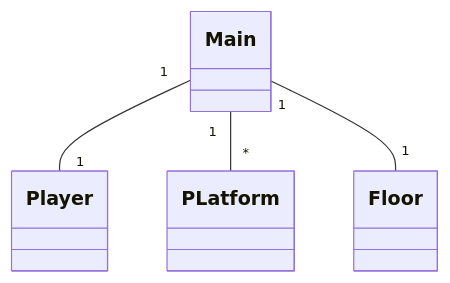
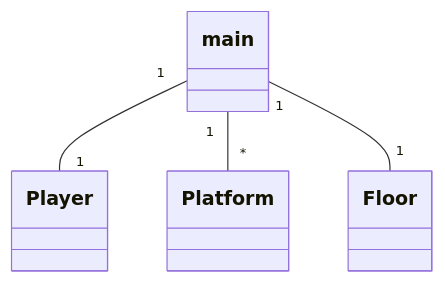
Before and after one commit to lapatinn/ot-harjoitustyo: the diagram in dokumentaatio/arkkitehtuuri.md, drawn with Mermaid.

Commit message:
Fix class diagram references

````diff
--- a/dokumentaatio/arkkitehtuuri.md
+++ b/dokumentaatio/arkkitehtuuri.md
@@ -1,6 +1,6 @@
 ```mermaid
  classDiagram
-    Main "1" -- "1" Player
-    Main "1" -- "*" PLatform
-    Main "1" -- "1" Floor
+    main "1" -- "1" Player
+    main "1" -- "*" Platform
+    main "1" -- "1" Floor
 ```
````
